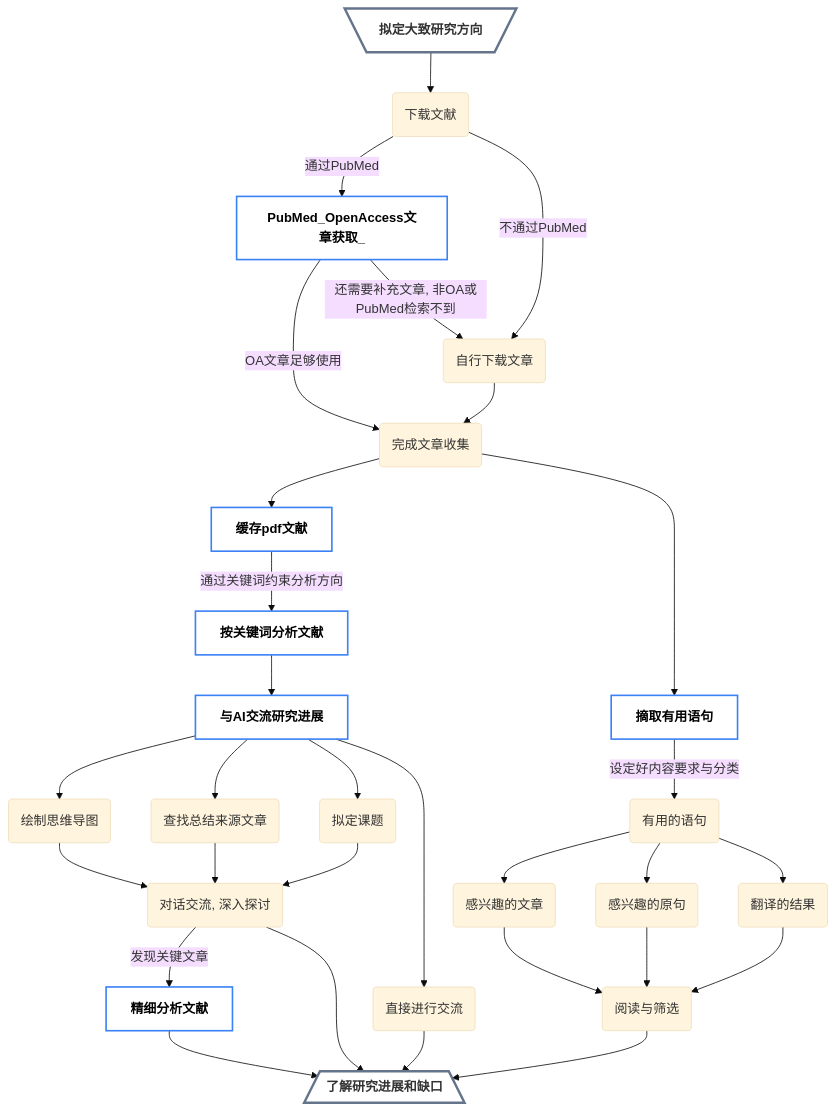
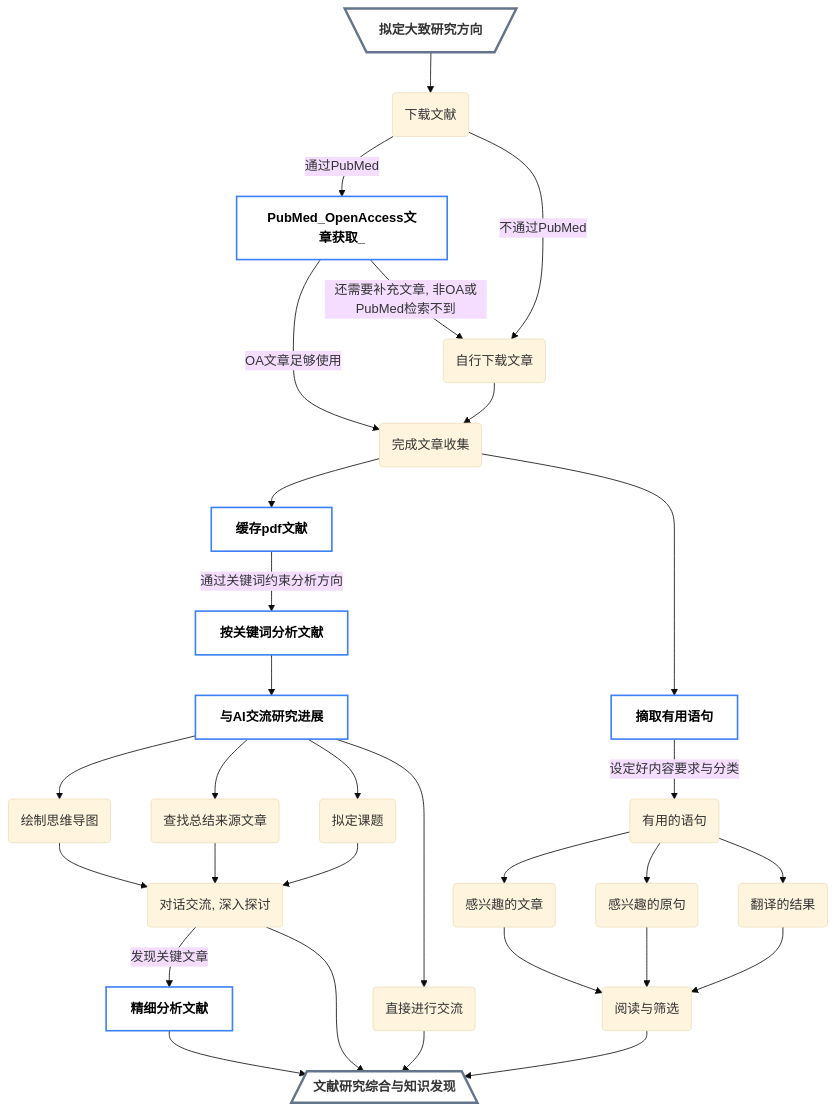
One commit to PureAmaya/scholar_navis changed the diagram in README.md. Above: the diagram before and after it, drawn with Mermaid (base theme). The commit also changed other lines of this file and 141 other files, not shown here.

````diff
--- a/README.md
+++ b/README.md
@@ -160,31 +165,31 @@
 ```mermaid
 flowchart TD
 A[\拟定大致研究方向/] --> B(下载文献)
  B -->|通过PubMed| C[PubMed_OpenAccess文章获取_]
  B -->|不通过PubMed| D(自行下载文章)
  C --> |OA文章足够使用| preE(完成文章收集)
  preE --> E[缓存pdf文献]
  C --> |还需要补充文章, 非OA或PubMed检索不到| D
 
 D --> preE
  E --> |通过关键词约束分析方向 | F[按关键词分析文献]
  F --> G[与AI交流研究进展]
  G --> G1(绘制思维导图) & G2(查找总结来源文章) & G3(拟定课题) & G4(直接进行交流)
  G1 & G2 & G3 --> H(对话交流, 深入探讨)
  H --> |发现关键文章| J[精细分析文献]
 
 preE --> extract1[摘取有用语句]
  extract1 --> |设定好内容要求与分类| extract2(有用的语句)
  extract2 --> extract_title(感兴趣的文章) & extract_sentences(感兴趣的原句) & extract_trans(翻译的结果)
  extract_title & extract_sentences & extract_trans --> extract3(阅读与筛选)
 
-H & J & G4 & extract3--> I[/了解研究进展和缺口\]
+H & J & G4 & extract3--> I[/文献研究综合与知识发现\]
 
 
 
 class C,E,F,G,J,extract1 function;
 class A,I start_and_termination;
 
 classDef function fill:#ffffff, stroke:#3b82f6, stroke-width:2px, color:#000, font-weight:bold;
 classDef start_and_termination fill:#ffffff, stroke:#64748b, stroke-width:3px, font-weight:bold;
 ```
````
